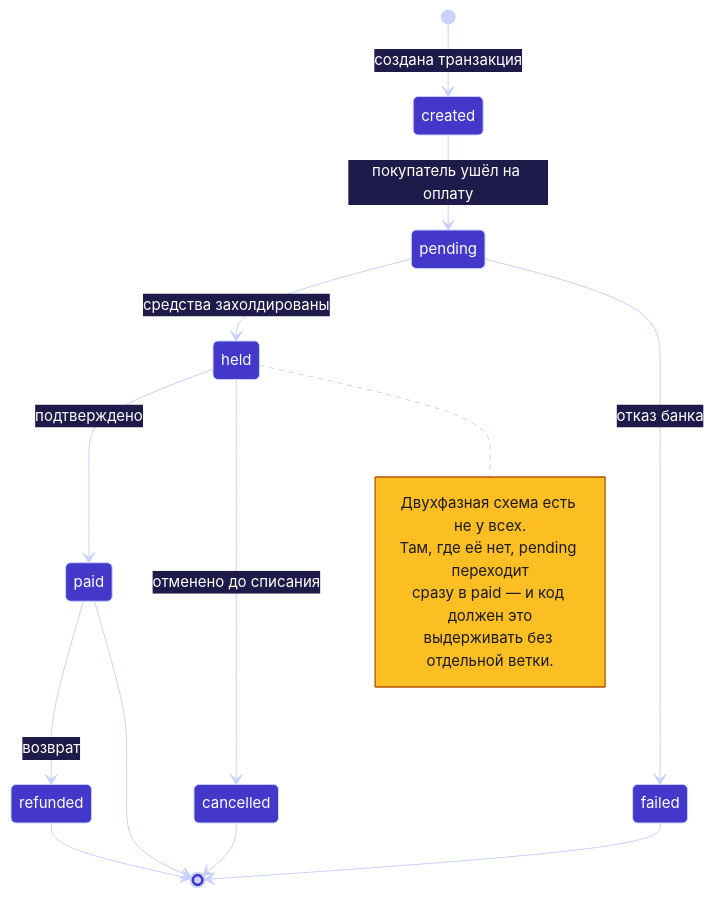
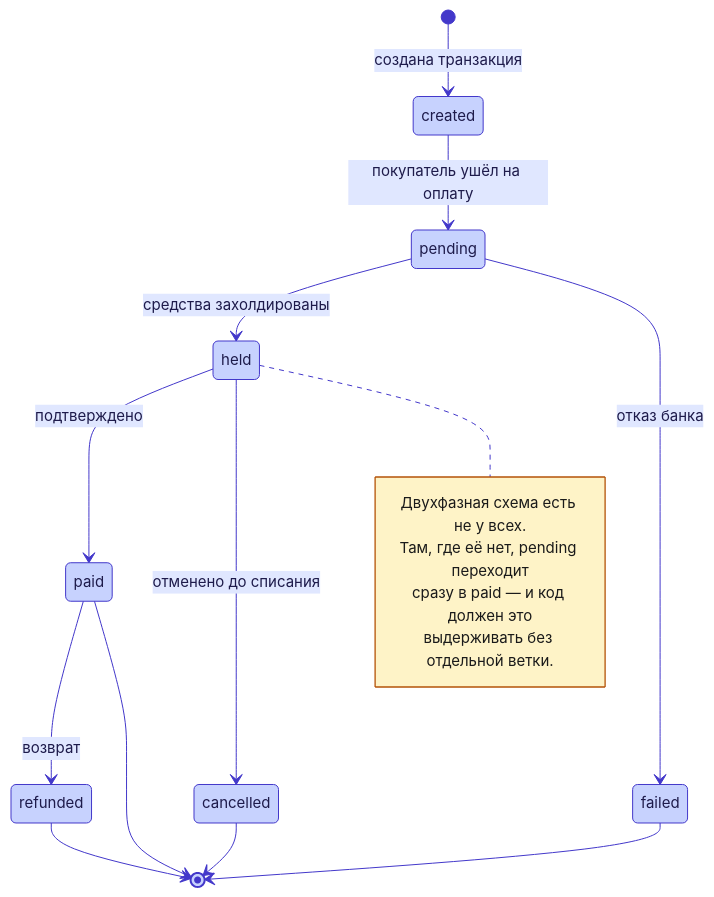
One commit to Shohruh1997/payment-integration-notes changed the first of 2 diagrams in README.md. Above: the diagram before and after it, drawn with Mermaid. The commit also changed other lines of this file, not shown here.

Commit message:
Диаграммы: светлые блоки с тёмным текстом — читаемость не зависит от темы GitHub

````diff
--- a/README.md
+++ b/README.md
@@ -43,22 +43,22 @@
 ```mermaid
-%%{init: {'theme':'base','themeVariables':{'fontFamily':'ui-sans-serif,-apple-system,BlinkMacSystemFont,Segoe UI,Roboto,Helvetica,Arial,sans-serif','fontSize':'15px','primaryColor':'#4338ca','primaryTextColor':'#ffffff','primaryBorderColor':'#c7d2fe','secondaryColor':'#6d28d9','tertiaryColor':'#312e81','lineColor':'#c7d2fe','textColor':'#ffffff','mainBkg':'#4338ca','nodeBorder':'#c7d2fe','nodeTextColor':'#ffffff','edgeLabelBackground':'#1e1b4b','attributeBackgroundColorOdd':'#4338ca','attributeBackgroundColorEven':'#4f46e5','noteBkgColor':'#fbbf24','noteTextColor':'#1a1a1a','noteBorderColor':'#b45309','clusterBkg':'#1e1b4b','clusterBorder':'#c7d2fe','labelBoxBkgColor':'#4338ca','labelBoxBorderColor':'#c7d2fe','labelTextColor':'#ffffff','actorBkg':'#4338ca','actorBorder':'#c7d2fe','actorTextColor':'#ffffff','actorLineColor':'#c7d2fe','signalColor':'#c7d2fe','signalTextColor':'#ffffff','sequenceNumberColor':'#1a1a1a','activationBkgColor':'#6d28d9','activationBorderColor':'#c7d2fe','transitionColor':'#c7d2fe','transitionLabelColor':'#ffffff','stateBkg':'#4338ca','stateLabelColor':'#ffffff','altBackground':'#312e81','compositeBackground':'#1e1b4b','compositeBorder':'#c7d2fe','compositeTitleBackground':'#312e81','specialStateColor':'#c7d2fe','innerEndBackground':'#c7d2fe','cScale0':'#4338ca'}}}%%
+%%{init: {'theme':'base','themeVariables':{'fontFamily':'ui-sans-serif,-apple-system,BlinkMacSystemFont,Segoe UI,Roboto,Helvetica,Arial,sans-serif','fontSize':'15px','textColor':'#1e1b4b','lineColor':'#4338ca','primaryColor':'#e0e7ff','primaryTextColor':'#1e1b4b','primaryBorderColor':'#4338ca','secondaryColor':'#ede9fe','tertiaryColor':'#f5f3ff','mainBkg':'#c7d2fe','nodeBorder':'#4338ca','nodeTextColor':'#1e1b4b','edgeLabelBackground':'#e0e7ff','attributeBackgroundColorOdd':'#eef2ff','attributeBackgroundColorEven':'#e0e7ff','noteBkgColor':'#fef3c7','noteTextColor':'#1a1a1a','noteBorderColor':'#b45309','clusterBkg':'#f5f3ff','clusterBorder':'#4338ca','labelBoxBkgColor':'#e0e7ff','labelBoxBorderColor':'#4338ca','labelTextColor':'#1e1b4b','actorBkg':'#c7d2fe','actorBorder':'#4338ca','actorTextColor':'#1e1b4b','actorLineColor':'#4338ca','signalColor':'#4338ca','signalTextColor':'#1e1b4b','sequenceNumberColor':'#ffffff','activationBkgColor':'#ddd6fe','activationBorderColor':'#4338ca','transitionColor':'#4338ca','transitionLabelColor':'#1e1b4b','stateBkg':'#c7d2fe','stateLabelColor':'#1e1b4b','altBackground':'#f5f3ff','compositeBackground':'#f5f3ff','compositeBorder':'#4338ca','compositeTitleBackground':'#e0e7ff','specialStateColor':'#4338ca','innerEndBackground':'#4338ca'}}}%%
 stateDiagram-v2
     [*] --> created: создана транзакция
     created --> pending: покупатель ушёл на оплату
     pending --> held: средства захолдированы
     pending --> failed: отказ банка
     held --> paid: подтверждено
     held --> cancelled: отменено до списания
     paid --> refunded: возврат
     failed --> [*]
     cancelled --> [*]
     refunded --> [*]
     paid --> [*]
 
     note right of held
         Двухфазная схема есть не у всех.
         Там, где её нет, pending переходит
         сразу в paid — и код должен это
         выдерживать без отдельной ветки.
     end note
 ```
````
